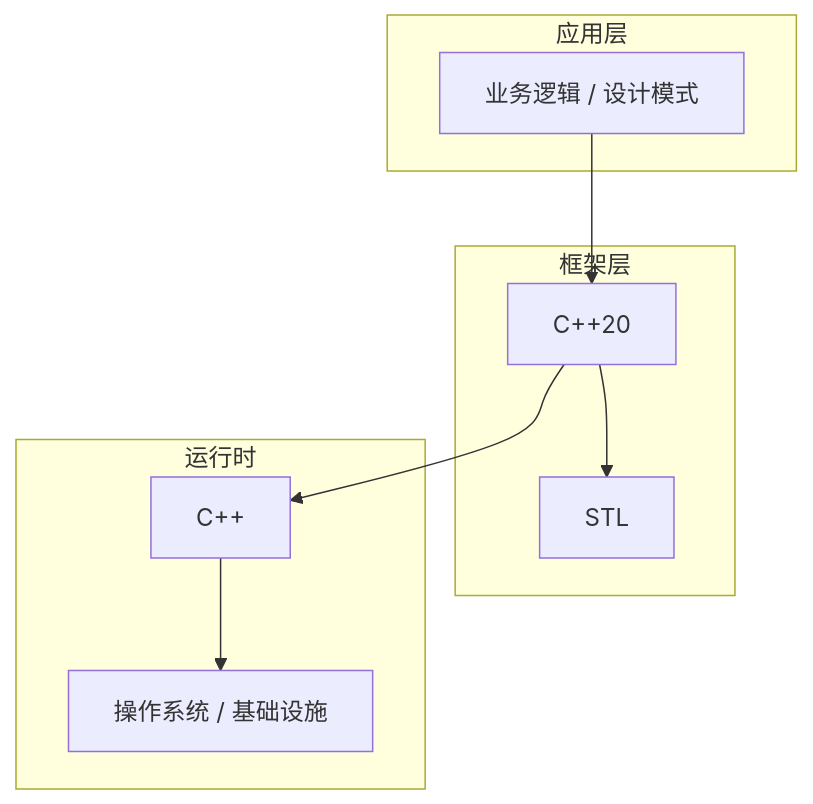
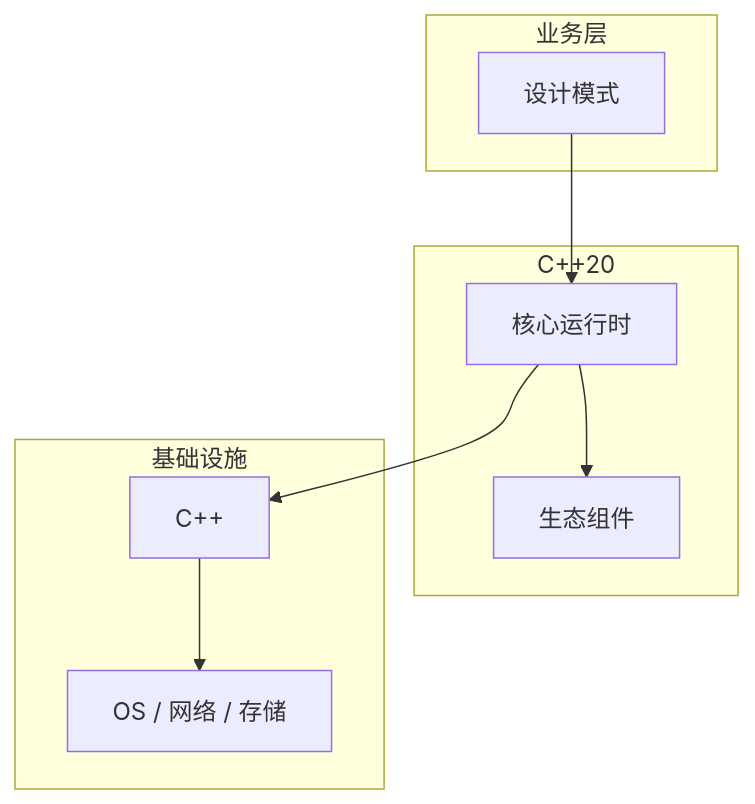
Before and after one commit to yanggan2015/knowledge-json-v2: the diagram in articles/C++/chapters/175-设计模式核心概念与原理.md, drawn with Mermaid. The commit also changed other lines of this file and 10127 other files, not shown here.

````diff
--- a/articles/C++/chapters/175-设计模式核心概念与原理.md
+++ b/articles/C++/chapters/175-设计模式核心概念与原理.md
@@ -45,18 +34,18 @@
 ```mermaid
 graph TB
-    subgraph 应用层
-        A[业务逻辑 / 设计模式]
+    subgraph 业务层
+        A[设计模式]
     end
-    subgraph 框架层
-        B[C++20]
-        C[STL]
+    subgraph C++20
+        B[核心运行时]
+        C[生态组件]
     end
-    subgraph 运行时
+    subgraph 基础设施
         D[C++]
-        E[操作系统 / 基础设施]
+        E[OS / 网络 / 存储]
     end
     A --> B
     B --> C
     B --> D
     D --> E
 ```
````
